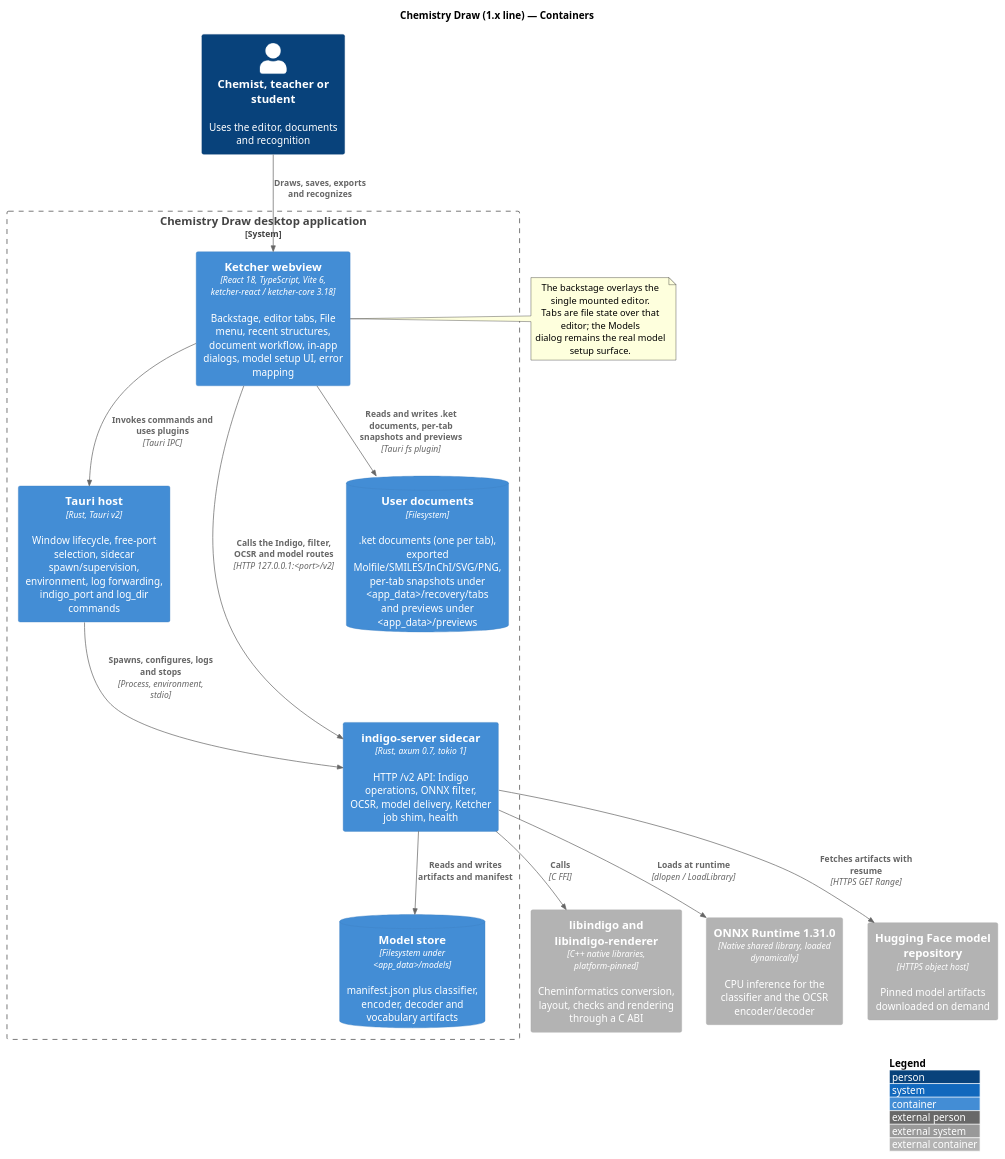
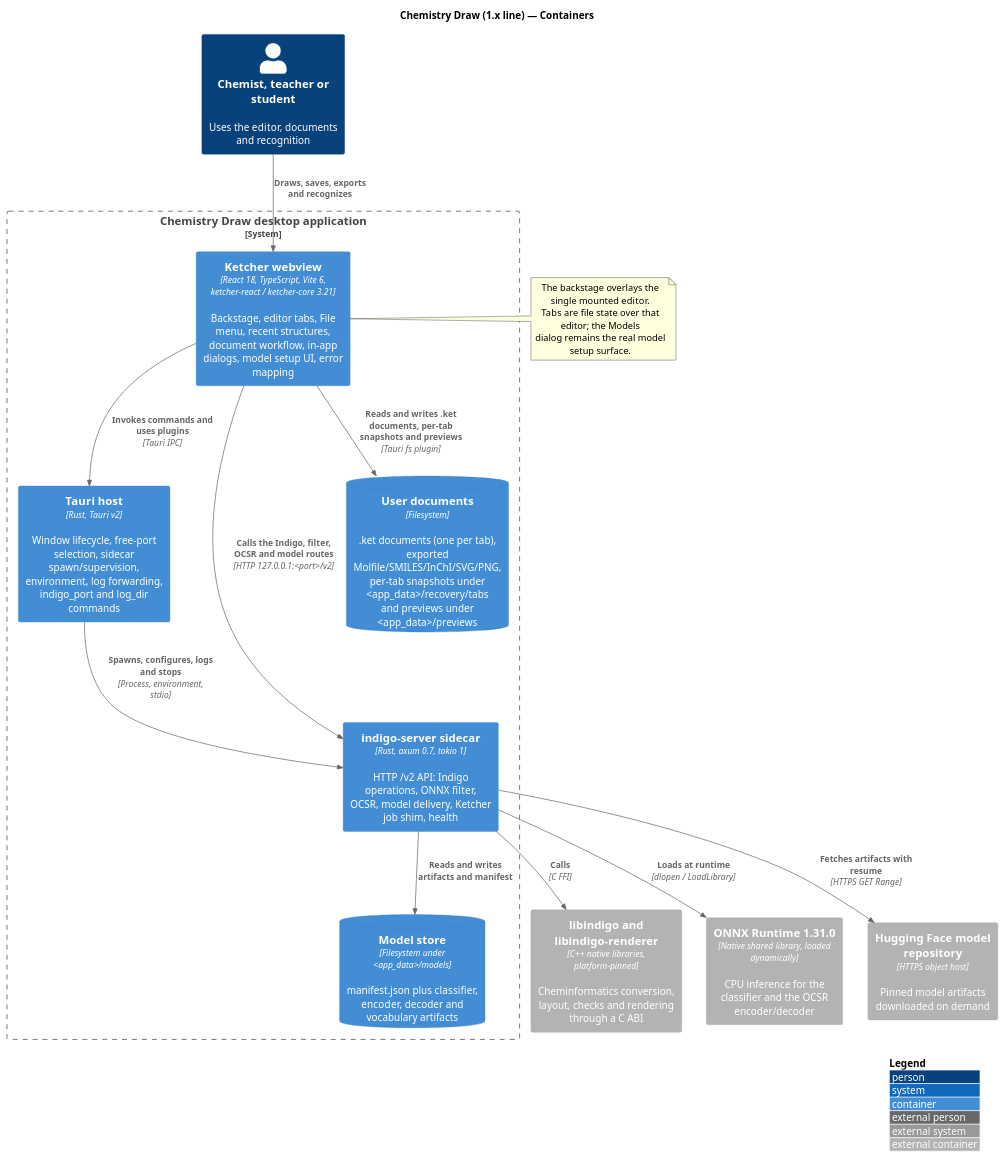
Before and after one commit to spalax-dev/chemistry_draw: the diagram in docs/planning/c4/container.puml, drawn with PlantUML. The commit also changed 16 other files, not shown here.

```diff
--- a/docs/planning/c4/container.puml
+++ b/docs/planning/c4/container.puml
@@ -1,44 +1,44 @@
 @startuml
 !include <C4/C4_Container>
 
 title Chemistry Draw (1.x line) — Containers
 
 Person(user, "Chemist, teacher or student", "Uses the editor, documents and recognition")
 
 System_Boundary(app, "Chemistry Draw desktop application") {
-  Container(webview, "Ketcher webview", "React 18, TypeScript, Vite 6, ketcher-react / ketcher-core 3.18", "Backstage, editor tabs, File menu, recent structures, document workflow, in-app dialogs, model setup UI, error mapping")
+  Container(webview, "Ketcher webview", "React 18, TypeScript, Vite 6, ketcher-react / ketcher-core 3.21", "Backstage, editor tabs, File menu, recent structures, document workflow, in-app dialogs, model setup UI, error mapping")
 
   Container(host, "Tauri host", "Rust, Tauri v2", "Window lifecycle, free-port selection, sidecar spawn/supervision, environment, log forwarding, indigo_port and log_dir commands")
 
   Container(sidecar, "indigo-server sidecar", "Rust, axum 0.7, tokio 1", "HTTP /v2 API: Indigo operations, ONNX filter, OCSR, model delivery, Ketcher job shim, health")
 
   ContainerDb(documents, "User documents", "Filesystem", ".ket documents (one per tab), exported Molfile/SMILES/InChI/SVG/PNG, per-tab snapshots under <app_data>/recovery/tabs and previews under <app_data>/previews")
 
   ContainerDb(models, "Model store", "Filesystem under <app_data>/models", "manifest.json plus classifier, encoder, decoder and vocabulary artifacts")
 }
 
 Container_Ext(indigo, "libindigo and libindigo-renderer", "C++ native libraries, platform-pinned", "Cheminformatics conversion, layout, checks and rendering through a C ABI")
 
 Container_Ext(onnx_runtime, "ONNX Runtime 1.31.0", "Native shared library, loaded dynamically", "CPU inference for the classifier and the OCSR encoder/decoder")
 
 Container_Ext(huggingface, "Hugging Face model repository", "HTTPS object host", "Pinned model artifacts downloaded on demand")
 
 Rel(user, webview, "Draws, saves, exports and recognizes")
 Rel(webview, host, "Invokes commands and uses plugins", "Tauri IPC")
 Rel(webview, sidecar, "Calls the Indigo, filter, OCSR and model routes", "HTTP 127.0.0.1:<port>/v2")
 Rel(webview, documents, "Reads and writes .ket documents, per-tab snapshots and previews", "Tauri fs plugin")
 Rel(host, sidecar, "Spawns, configures, logs and stops", "Process, environment, stdio")
 Rel(sidecar, indigo, "Calls", "C FFI")
 Rel(sidecar, onnx_runtime, "Loads at runtime", "dlopen / LoadLibrary")
 Rel(sidecar, models, "Reads and writes artifacts and manifest")
 Rel(sidecar, huggingface, "Fetches artifacts with resume", "HTTPS GET Range")
 
 note right of webview
   The backstage overlays the single mounted editor.
   Tabs are file state over that editor; the Models
   dialog remains the real model setup surface.
 end note
 
 LAYOUT_WITH_LEGEND()
 
 @enduml
```
